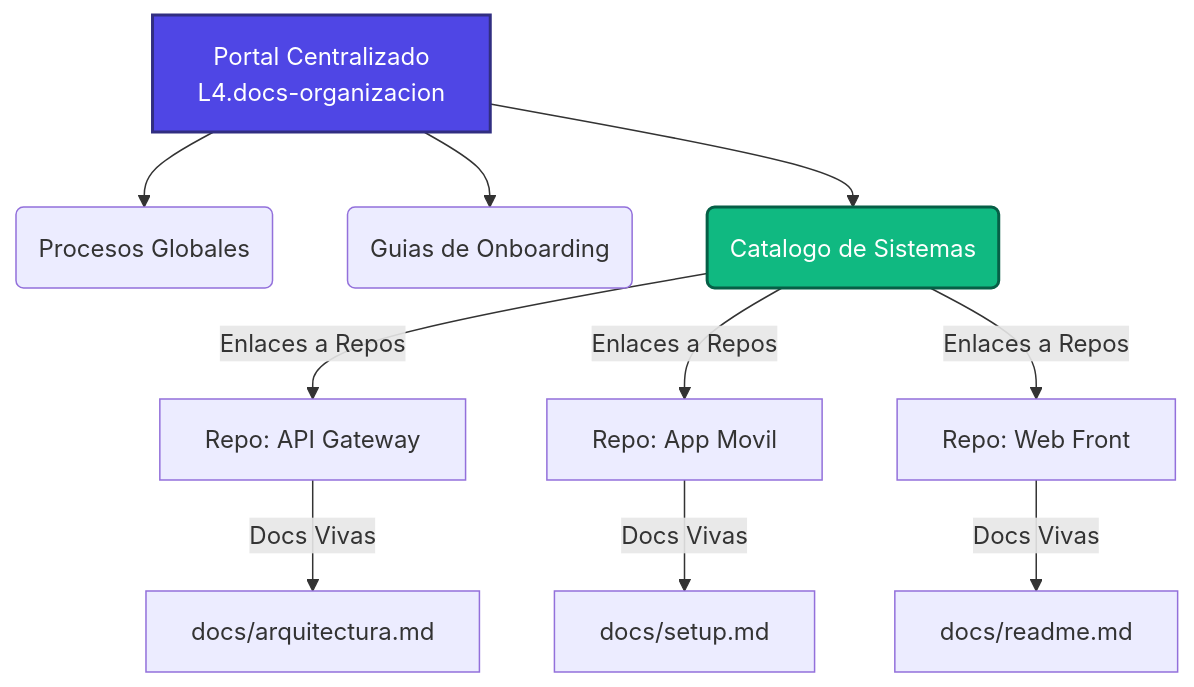
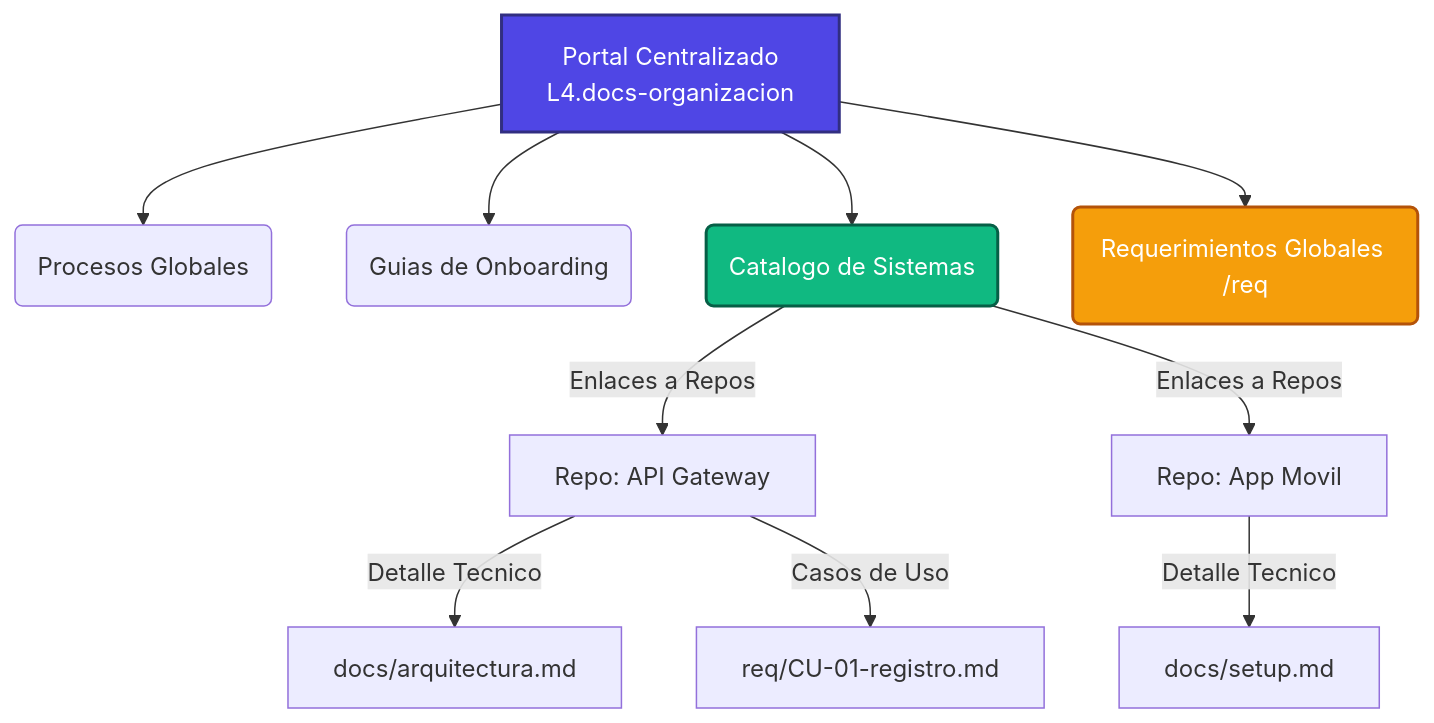
The diagram in index.md (L4CR/L4.Land4.Docs), drawn with Mermaid before and after one commit. The commit also changed other lines of this file and 4 other files, not shown here.

Commit message:
docs: activar mermaid y agregar convencion /req para requerimientos de negocio

````diff
--- a/index.md
+++ b/index.md
@@ -19,17 +19,19 @@
 ```mermaid
 graph TD
     A[Portal Centralizado <br> L4.docs-organizacion] --> B(Procesos Globales)
     A --> C(Guias de Onboarding)
     A --> D(Catalogo de Sistemas)
+    A --> K(Requerimientos Globales /req)
     
     D -->|Enlaces a Repos| E[Repo: API Gateway]
     D -->|Enlaces a Repos| F[Repo: App Movil]
-    D -->|Enlaces a Repos| G[Repo: Web Front]
     
-    E -->|Docs Vivas| H[docs/arquitectura.md]
-    F -->|Docs Vivas| I[docs/setup.md]
-    G -->|Docs Vivas| J[docs/readme.md]
+    E -->|Detalle Tecnico| H[docs/arquitectura.md]
+    E -->|Casos de Uso| L[req/CU-01-registro.md]
+    
+    F -->|Detalle Tecnico| I[docs/setup.md]
     
     style A fill:#4F46E5,stroke:#312E81,stroke-width:2px,color:#fff
     style D fill:#10B981,stroke:#065F46,stroke-width:2px,color:#fff
+    style K fill:#F59E0B,stroke:#B45309,stroke-width:2px,color:#fff
 ```
````
